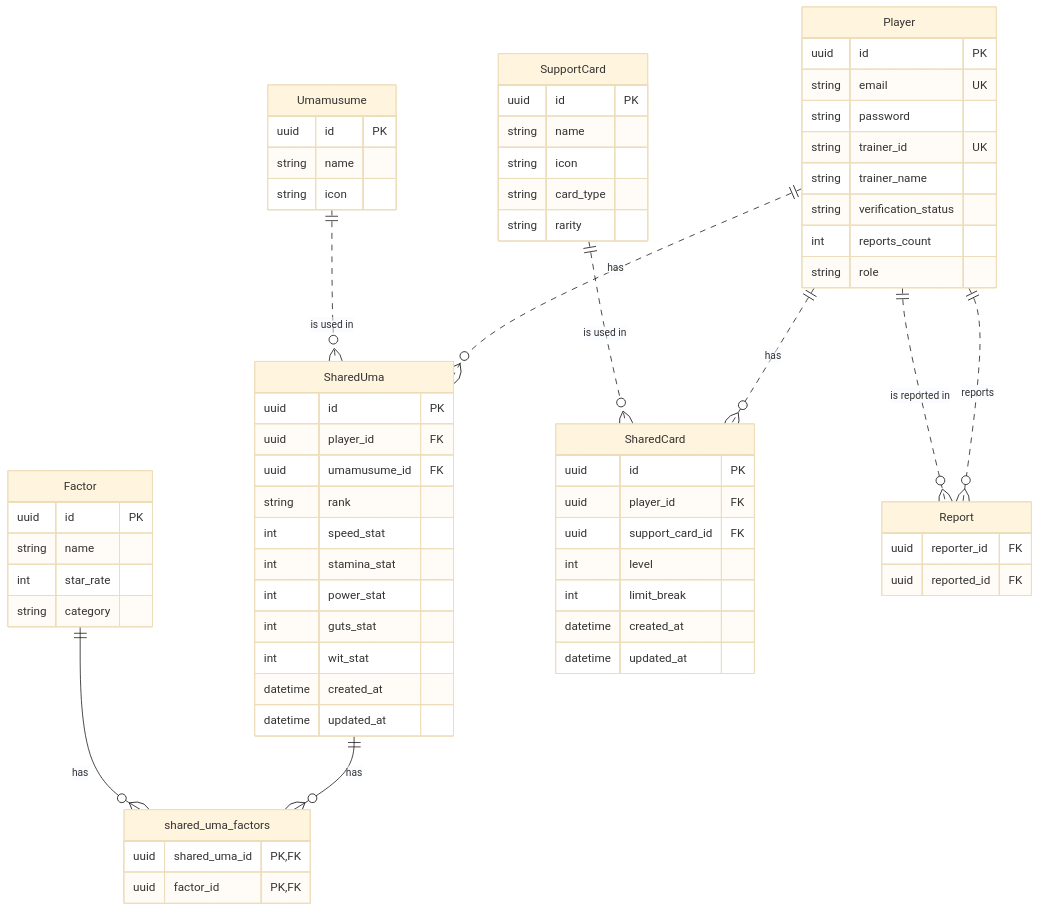
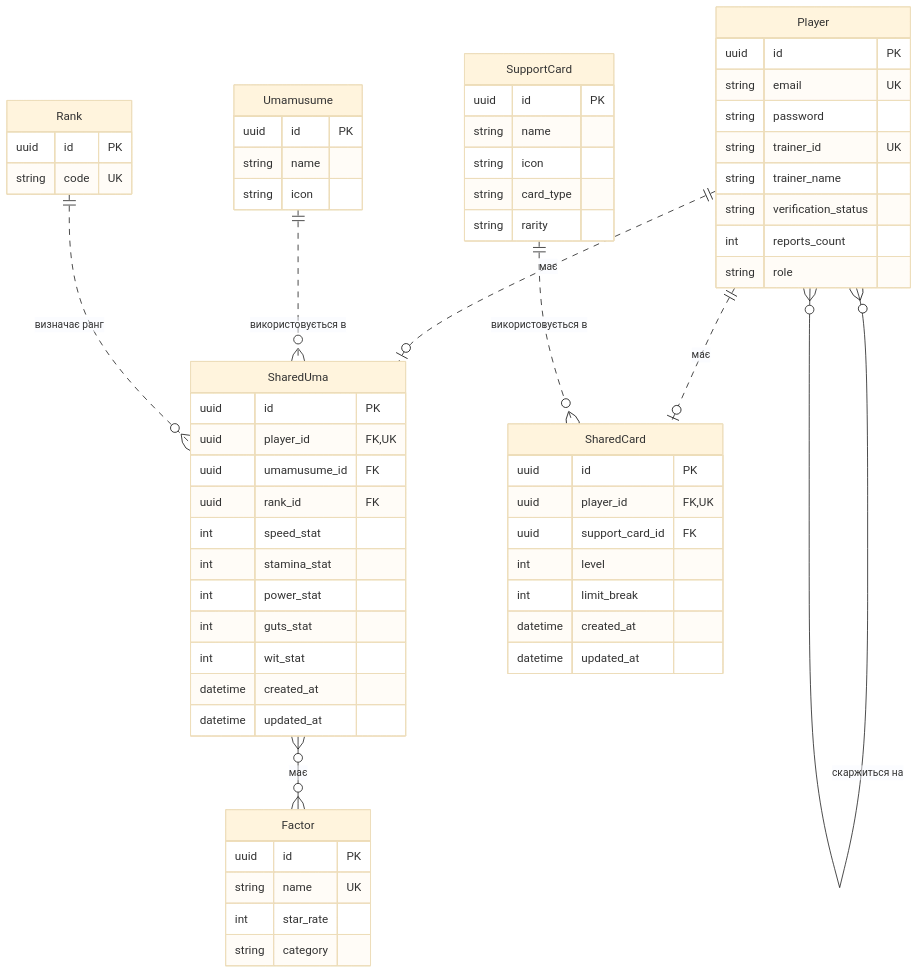
One commit to Honike-1/KPI2 changed the diagram in lab1/erDiagram.mmd. Above: the diagram before and after it, drawn with Mermaid (base theme). The commit also changed 7 other files, not shown here.

Commit message:
docs(spec): refine spec.md and rework erDiagram

```diff
--- a/lab1/erDiagram.mmd
+++ b/lab1/erDiagram.mmd
@@ -1,68 +1,63 @@
 erDiagram
     Player {
         uuid id PK
         string email UK
         string password
         string trainer_id UK
         string trainer_name
         string verification_status
         int reports_count
         string role
     }
     Umamusume {
         uuid id PK
         string name
         string icon
     }
     SupportCard {
         uuid id PK
         string name
         string icon
         string card_type
         string rarity
     }
     Factor {
         uuid id PK
-        string name
+        string name UK
         int star_rate
         string category
     }
+    Rank {
+        uuid id PK
+        string code UK
+    }
     SharedUma {
         uuid id PK
-        uuid player_id FK
+        uuid player_id FK, UK
         uuid umamusume_id FK
-        string rank
+        uuid rank_id FK
         int speed_stat
         int stamina_stat
         int power_stat
         int guts_stat
         int wit_stat
         datetime created_at
         datetime updated_at
     }
     SharedCard {
         uuid id PK
-        uuid player_id FK
+        uuid player_id FK, UK
         uuid support_card_id FK
         int level
         int limit_break
         datetime created_at
         datetime updated_at
     }
-    shared_uma_factors {
-        uuid shared_uma_id PK, FK
-        uuid factor_id PK, FK
-    }
-    Report {
-        uuid reporter_id FK
-        uuid reported_id FK
-    }
 
-    Player ||..o{ SharedUma : "has"
-    Player ||..o{ SharedCard : "has"
-    Umamusume ||..o{ SharedUma : "is used in"
-    SupportCard ||..o{ SharedCard : "is used in"
-    SharedUma ||--o{ shared_uma_factors : "has"
-    Factor ||--o{ shared_uma_factors : "has"
-    Player ||..o{ Report : "reports"
-    Player ||..o{ Report : "is reported in"
+    Player ||..o| SharedUma : "має"
+    Player ||..o| SharedCard : "має"
+    Umamusume ||..o{ SharedUma : "використовується в"
+    SupportCard ||..o{ SharedCard : "використовується в"
+    Rank ||..o{ SharedUma : "визначає ранг"
+    SharedUma }o--o{ Factor : "має"
+    Player }o--o{ Player : "скаржиться на"
```
